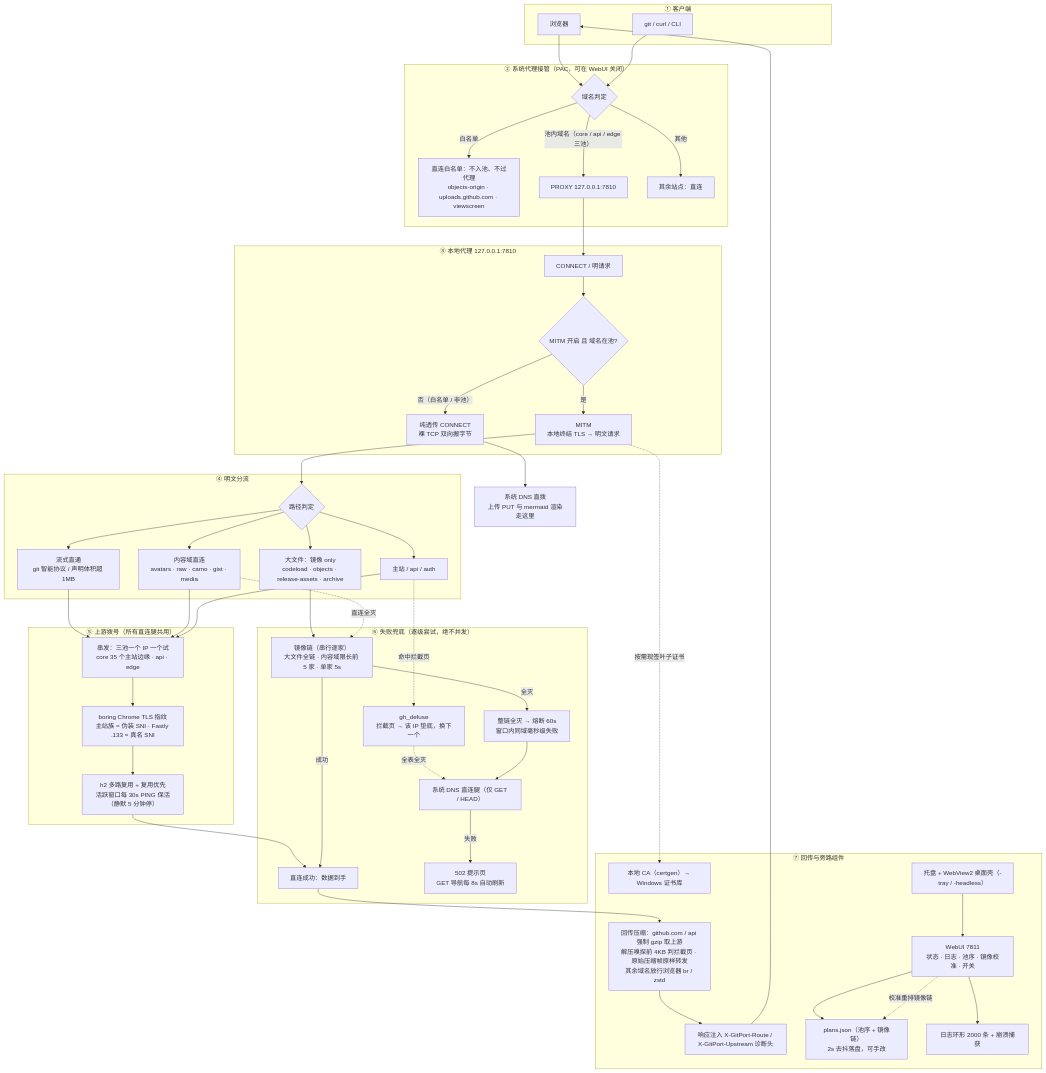
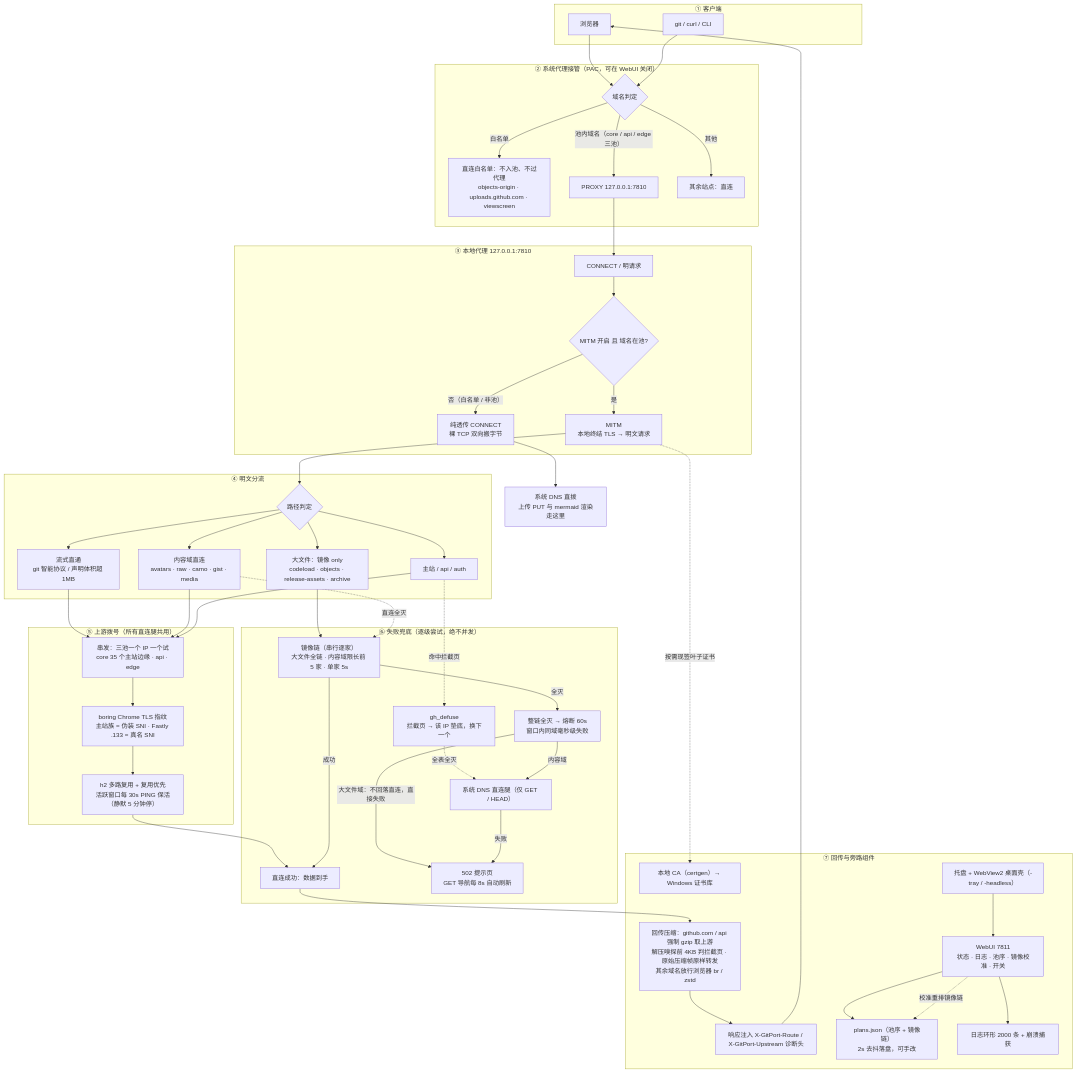
Before and after one commit to zhidian-cmd/gitport-github: the first of 2 diagrams in README.md, drawn with Mermaid. The commit also changed other lines of this file, not shown here.

```diff
--- a/README.md
+++ b/README.md
@@ -179,7 +180,8 @@
     GD -.->|"全表全灭"| DNSL
     MK -->|"成功"| GH
     MK -->|"全灭"| BRK
-    BRK --> DNSL
+    BRK -->|"内容域"| DNSL
+    BRK -->|"大文件域：不回落直连，直接失败"| E502
     DNSL -->|"失败"| E502
 
     %% ===== ⑦ 回传与旁路 =====
```
